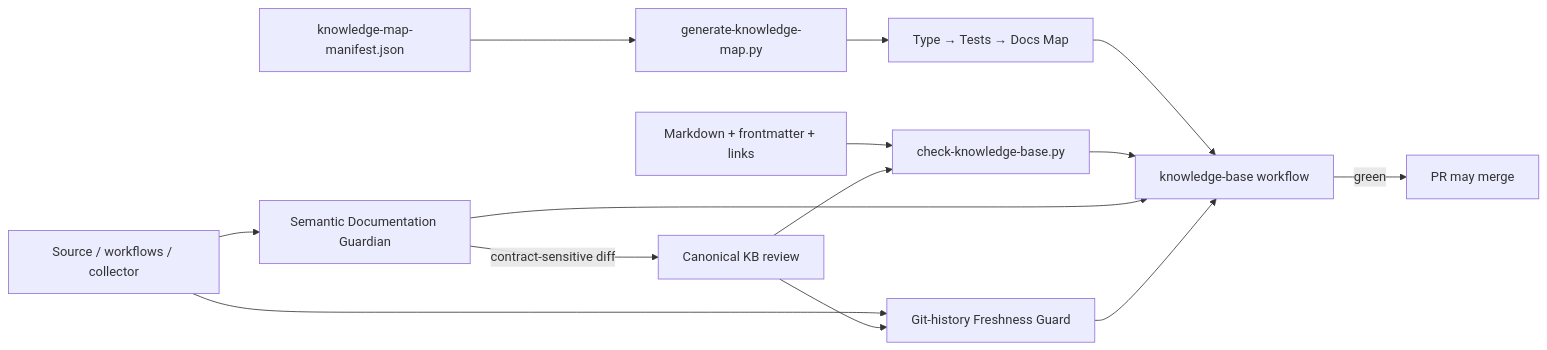
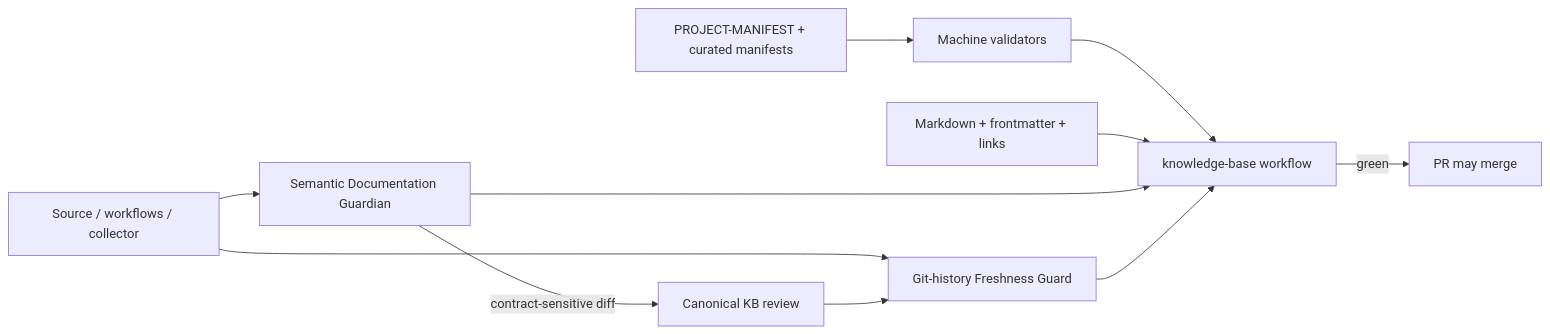
The diagram in knowledge-base/INDEX.md (TumanovNV/impuls), drawn with Mermaid before and after one commit. The commit also changed other lines of this file and 10 other files, not shown here.

````diff
--- a/knowledge-base/INDEX.md
+++ b/knowledge-base/INDEX.md
@@ -103,16 +105,13 @@
 ```mermaid
 flowchart LR
     SRC[Source / workflows / collector] --> G[Semantic Documentation Guardian]
     G -->|contract-sensitive diff| DOC[Canonical KB review]
     SRC --> F[Git-history Freshness Guard]
     DOC --> F
-    M[knowledge-map-manifest.json] --> GEN[generate-knowledge-map.py]
-    GEN --> MAP[Type → Tests → Docs Map]
-    KB[Markdown + frontmatter + links] --> CHECK[check-knowledge-base.py]
-    DOC --> CHECK
-    MAP --> CI[knowledge-base workflow]
-    CHECK --> CI
+    M[PROJECT-MANIFEST + curated manifests] --> V[Machine validators]
+    V --> CI[knowledge-base workflow]
+    KB[Markdown + frontmatter + links] --> CI
     G --> CI
     F --> CI
     CI -->|green| PR[PR may merge]
 ```
````
